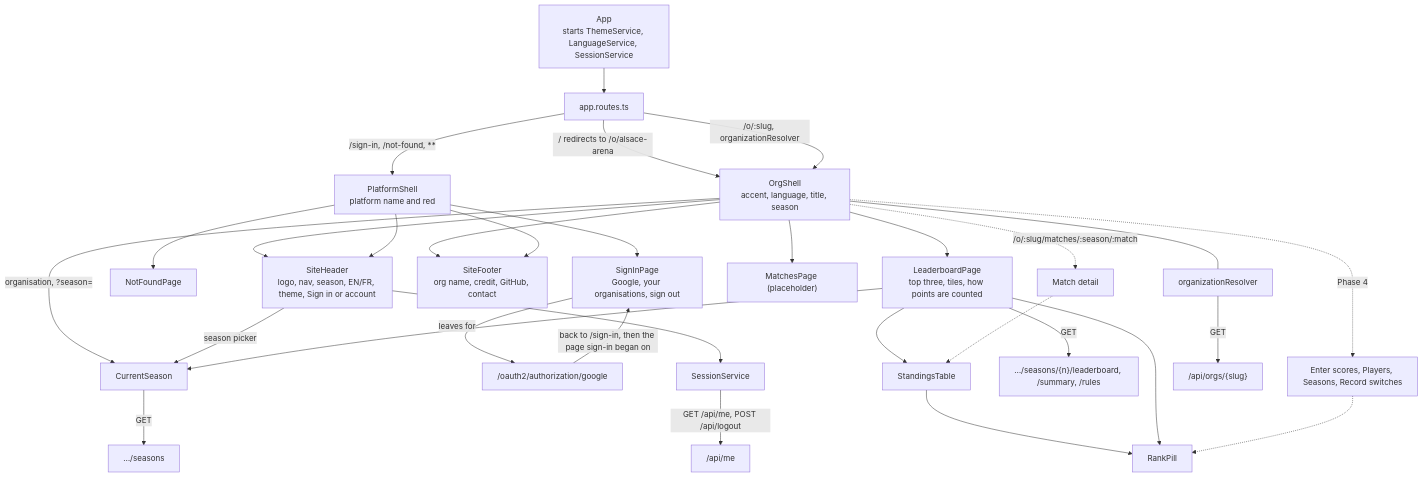
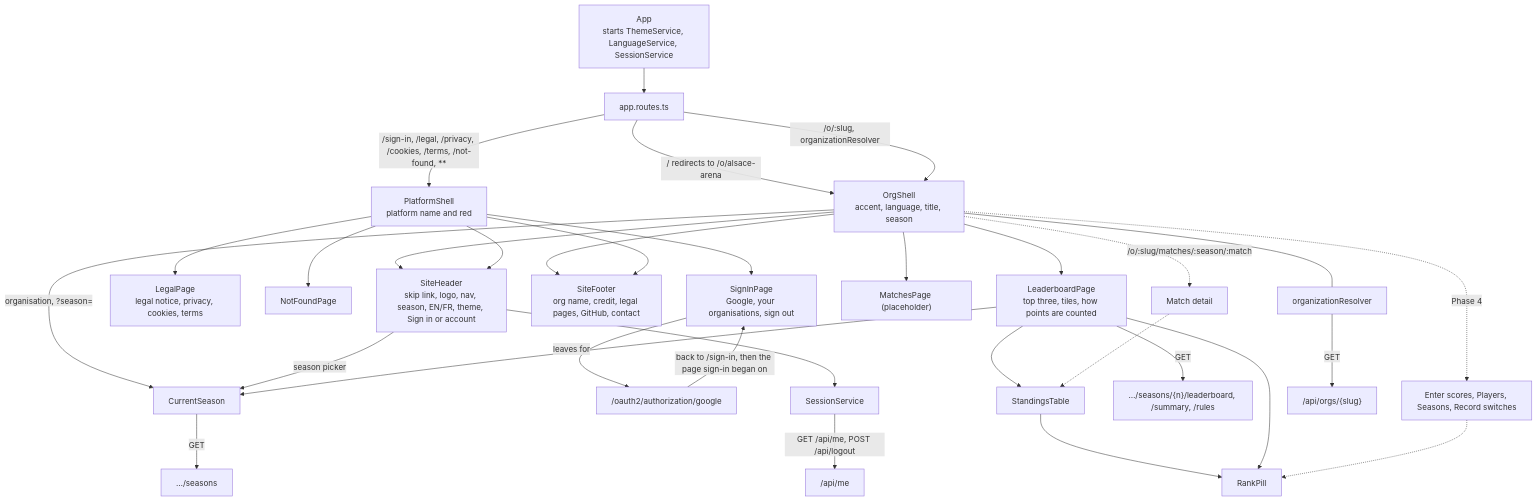
The sixth of 7 diagrams in docs/context-graph.md (irmahs-labs/tournament-leaderboard), drawn with Mermaid before and after one commit. The commit also changed other lines of this file and 35 other files, not shown here.

First line of the commit message:
feat: add the legal pages and make the site more accessible

````diff
--- a/docs/context-graph.md
+++ b/docs/context-graph.md
@@ -148,32 +149,33 @@
 ```mermaid
 flowchart TD
     app[App<br/>starts ThemeService, LanguageService, SessionService] --> routes[app.routes.ts]
     routes -->|"/ redirects to /o/alsace-arena"| shell
     routes -->|"/o/:slug, organizationResolver"| shell[OrgShell<br/>accent, language, title, season]
-    routes -->|"/sign-in, /not-found, **"| platform[PlatformShell<br/>platform name and red]
+    routes -->|"/sign-in, /legal, /privacy, /cookies, /terms, /not-found, **"| platform[PlatformShell<br/>platform name and red]
     platform --> si[SignInPage<br/>Google, your organisations, sign out]
+    platform --> legal[LegalPage<br/>legal notice, privacy, cookies, terms]
     platform --> nf[NotFoundPage]
-    shell --> header[SiteHeader<br/>logo, nav, season, EN/FR, theme, Sign in or account]
-    shell --> footer[SiteFooter<br/>org name, credit, GitHub, contact]
+    shell --> header[SiteHeader<br/>skip link, logo, nav, season, EN/FR, theme, Sign in or account]
+    shell --> footer[SiteFooter<br/>org name, credit, legal pages, GitHub, contact]
     platform --> header
     platform --> footer
     shell -->|"organisation, ?season="| current[CurrentSeason]
     current -->|GET| seasonsApi["…/seasons"]
     header -->|season picker| current
     si -->|"leaves for"| google["/oauth2/authorization/google"]
     google -->|"back to /sign-in, then the page sign-in began on"| si
     header --> session[SessionService] -->|GET /api/me, POST /api/logout| meApi["/api/me"]
     shell --> lb["LeaderboardPage<br/>top three, tiles, how points are counted"]
     lb --> table[StandingsTable]
     lb --> current
     lb -->|GET| lbApi["…/seasons/{n}/leaderboard, /summary, /rules"]
     table --> pill[RankPill]
     lb --> pill
     shell --> mt["MatchesPage (placeholder)"]
     shell -.->|"/o/:slug/matches/:season/:match"| md[Match detail]
     md -.-> table
     shell -.->|Phase 4| adm[Enter scores, Players, Seasons, Record switches]
     adm -.-> pill
     resolver[organizationResolver] -->|GET| orgApi["/api/orgs/{slug}"]
     shell --- resolver
 ```
````
